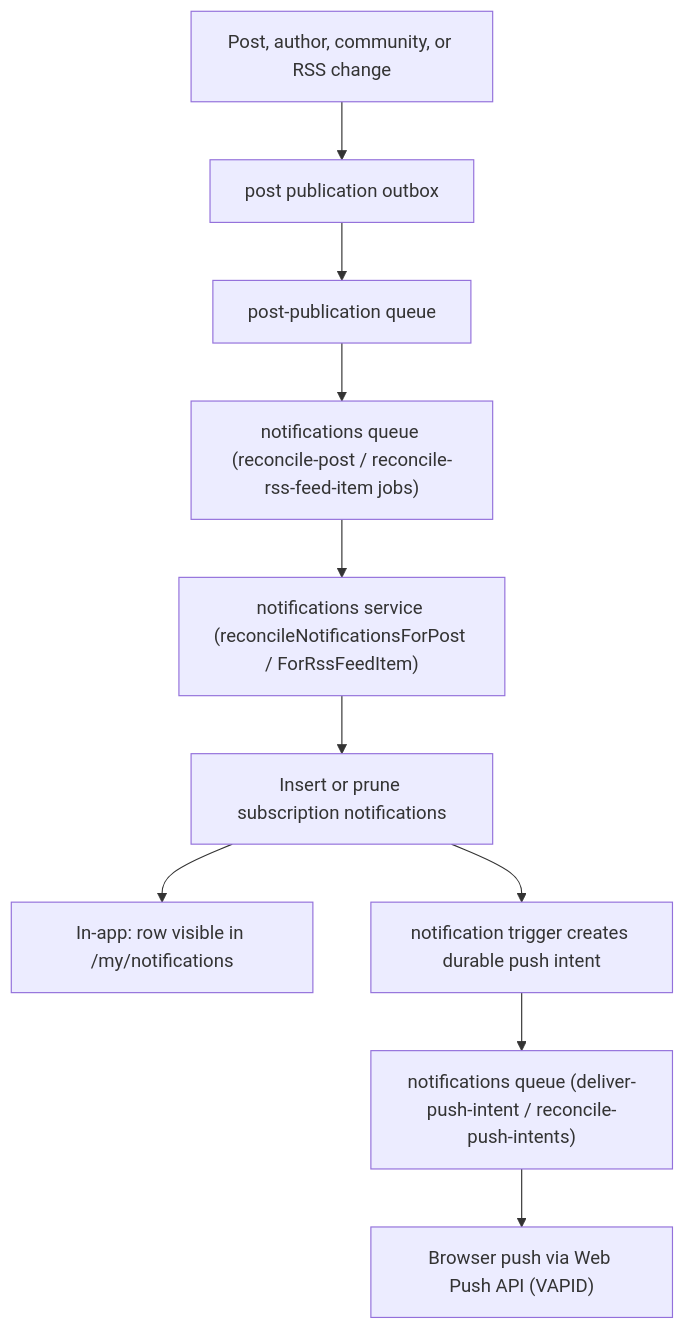
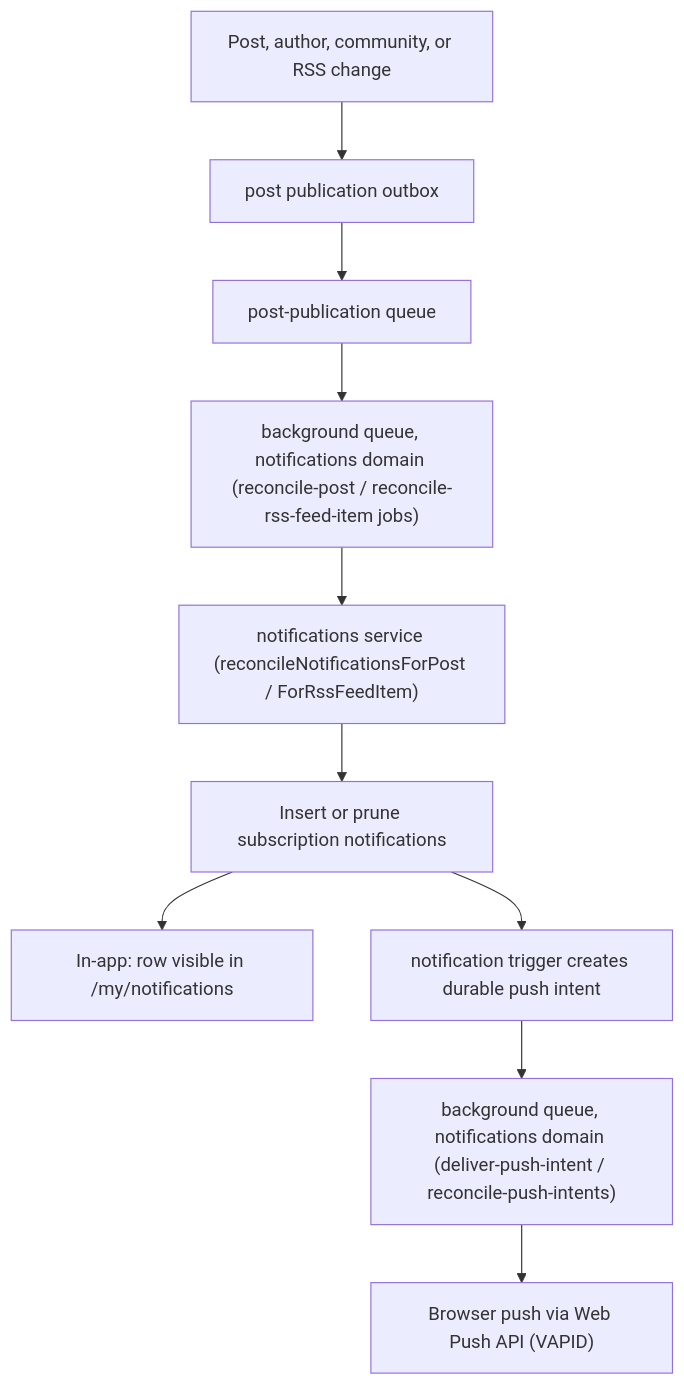
One commit to vouchington/vouchington changed the diagram in docs/overview/architecture/notifications.md. Above: the diagram before and after it, drawn with Mermaid. The commit also changed other lines of this file and 161 other files, not shown here.

First line of the commit message:
feat(queues): move notifications, activitypub and follower-distribution queues into background

````diff
--- a/docs/overview/architecture/notifications.md
+++ b/docs/overview/architecture/notifications.md
@@ -9,12 +9,12 @@
 ```mermaid
 flowchart TD
   E["Post, author, community, or RSS change"] --> O["post publication outbox"]
   O --> Q["post-publication queue"]
-  Q --> J["notifications queue (reconcile-post / reconcile-rss-feed-item jobs)"]
+  Q --> J["background queue, notifications domain (reconcile-post / reconcile-rss-feed-item jobs)"]
   J --> S["notifications service (reconcileNotificationsForPost / ForRssFeedItem)"]
   S --> I["Insert or prune subscription notifications"]
   I --> IA["In-app: row visible in /my/notifications"]
   I --> T["notification trigger creates durable push intent"]
-  T --> D["notifications queue (deliver-push-intent / reconcile-push-intents)"]
+  T --> D["background queue, notifications domain (deliver-push-intent / reconcile-push-intents)"]
   D --> W["Browser push via Web Push API (VAPID)"]
 ```
````
